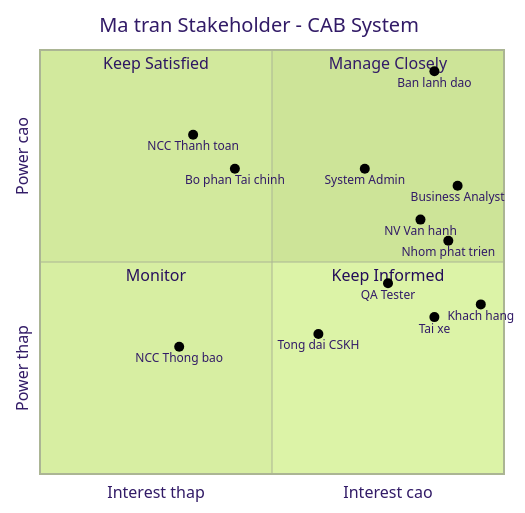
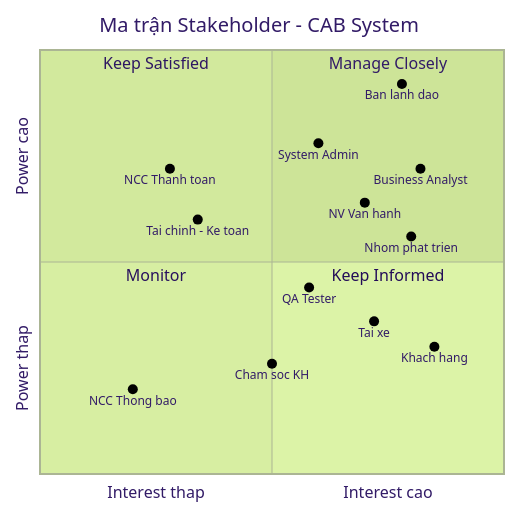
One commit to Ngoc-Giang/23639971_LamNgocGiang_CABSYSTEM changed the first of 3 diagrams in srs.md. Above: the diagram before and after it, drawn with Mermaid (forest theme). The commit also changed other lines of this file, not shown here.

````diff
--- a/srs.md
+++ b/srs.md
@@ -37,22 +43,22 @@
 ```mermaid
 quadrantChart
-    title Ma tran Stakeholder - CAB System
+    title Ma trận Stakeholder - CAB System
     x-axis Interest thap --> Interest cao
     y-axis Power thap --> Power cao
     quadrant-1 Manage Closely
     quadrant-2 Keep Satisfied
     quadrant-3 Monitor
     quadrant-4 Keep Informed
-    Ban lanh dao: [0.85, 0.95]
-    Business Analyst: [0.90, 0.68]
-    NV Van hanh: [0.82, 0.60]
-    System Admin: [0.70, 0.72]
-    Nhom phat trien: [0.88, 0.55]
-    Bo phan Tai chinh: [0.42, 0.72]
-    NCC Thanh toan: [0.33, 0.80]
-    Khach hang: [0.95, 0.40]
-    Tai xe: [0.85, 0.37]
-    QA Tester: [0.75, 0.45]
-    Tong dai CSKH: [0.60, 0.33]
-    NCC Thong bao: [0.30, 0.30]
+    Ban lanh dao: [0.78, 0.92]
+    System Admin: [0.60, 0.78]
+    Business Analyst: [0.82, 0.72]
+    NV Van hanh: [0.70, 0.64]
+    Nhom phat trien: [0.80, 0.56]
+    NCC Thanh toan: [0.28, 0.72]
+    Tai chinh - Ke toan: [0.34, 0.60]
+    QA Tester: [0.58, 0.44]
+    Tai xe: [0.72, 0.36]
+    Khach hang: [0.85, 0.30]
+    Cham soc KH: [0.50, 0.26]
+    NCC Thong bao: [0.20, 0.20]
 ```
````
